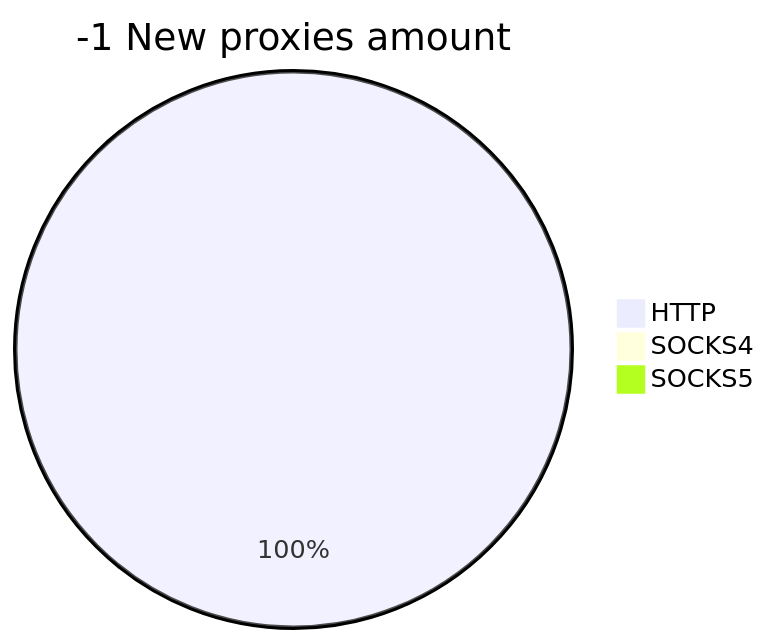
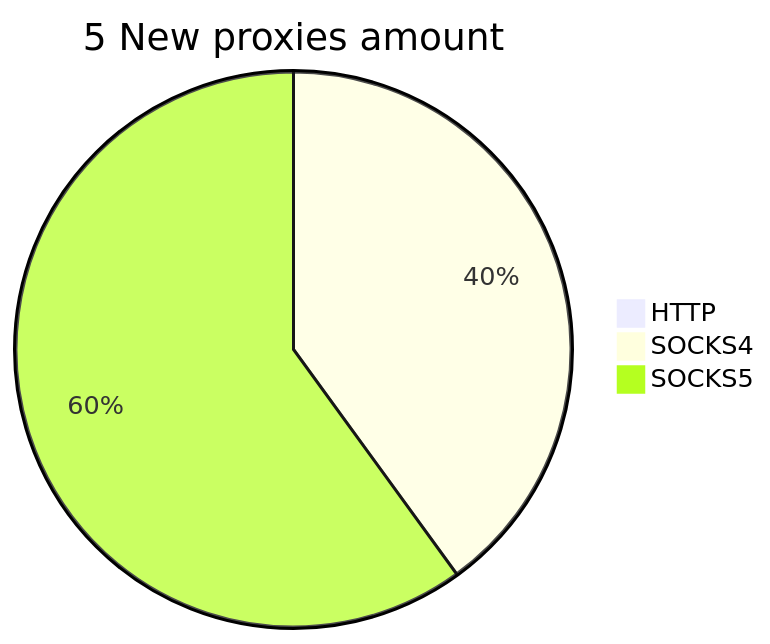
One commit to cutipu/proxylist changed the second of 2 diagrams in README.md. Above: the diagram before and after it, drawn with Mermaid. The commit also changed other lines of this file, not shown here.

````diff
--- a/README.md
+++ b/README.md
@@ -10,6 +10,6 @@
 ```mermaid
-pie title -1 New proxies amount
-    "HTTP" : 1
-    "SOCKS4" : 0
-    "SOCKS5" : 0
+pie title 5 New proxies amount
+    "HTTP" : 0
+    "SOCKS4" : 2
+    "SOCKS5" : 3
 ```
````
